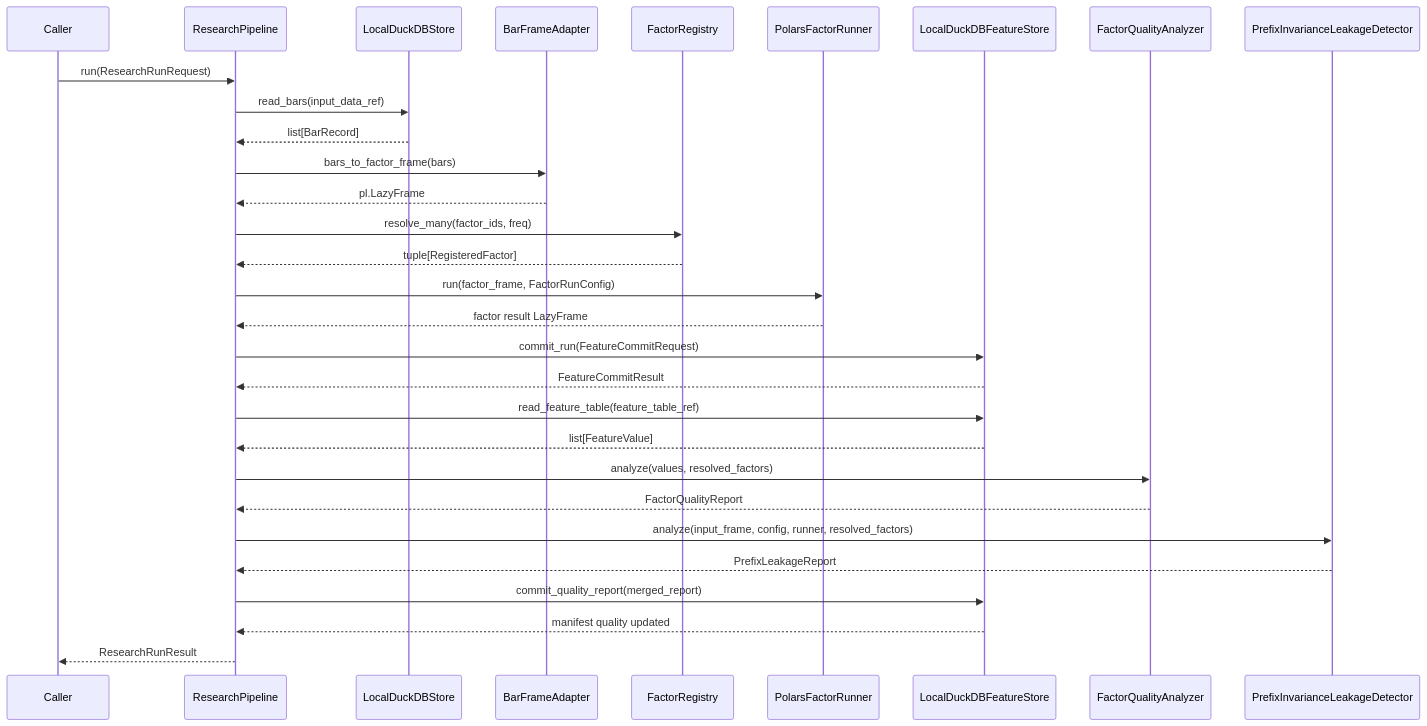
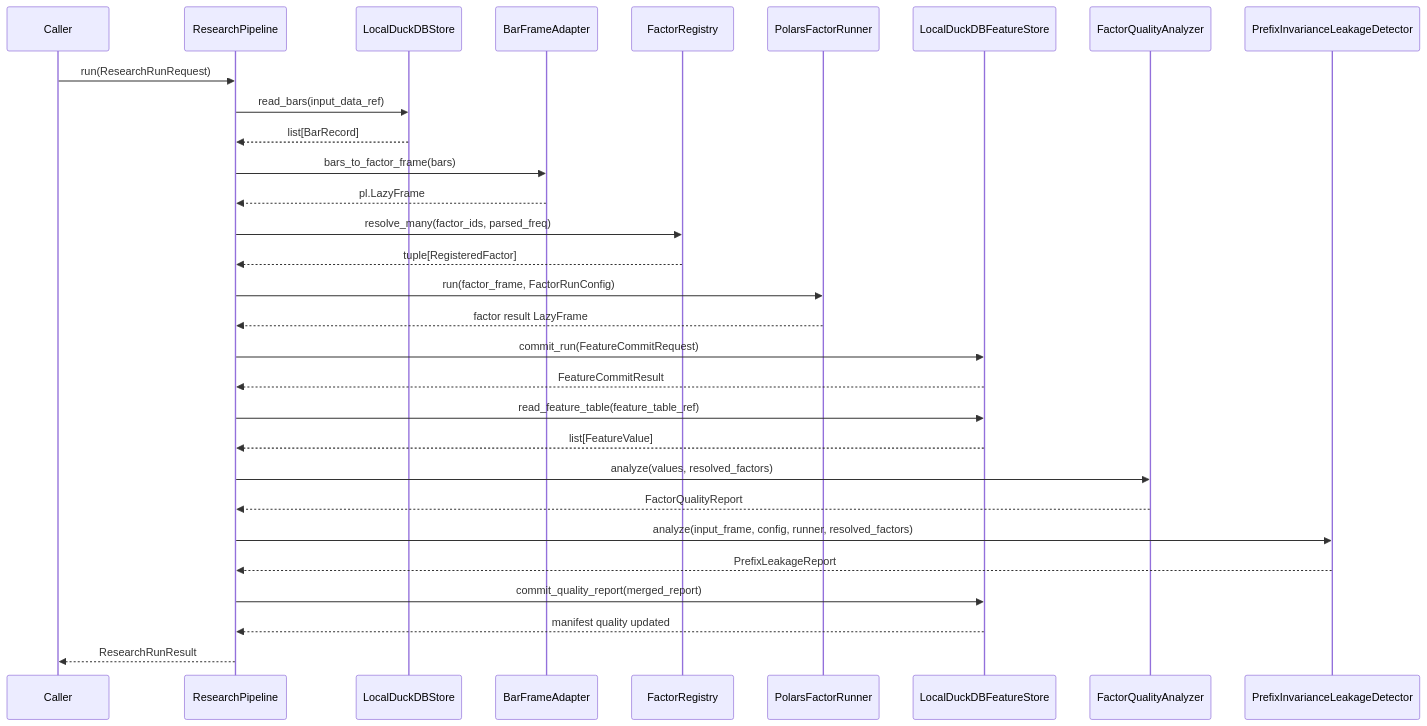
Before and after one commit to odsbaron/dmgr: the diagram in docs/development/research-pipeline-development.md, drawn with Mermaid. The commit also changed other lines of this file, not shown here.

Commit message:
docs: refine research pipeline gating contract

````diff
--- a/docs/development/research-pipeline-development.md
+++ b/docs/development/research-pipeline-development.md
@@ -81,33 +81,33 @@
 ```mermaid
 sequenceDiagram
     participant Caller
     participant Pipeline as ResearchPipeline
     participant DataStore as LocalDuckDBStore
     participant Adapter as BarFrameAdapter
     participant Registry as FactorRegistry
     participant Runner as PolarsFactorRunner
     participant FeatureStore as LocalDuckDBFeatureStore
     participant Quality as FactorQualityAnalyzer
     participant Leakage as PrefixInvarianceLeakageDetector
 
     Caller->>Pipeline: run(ResearchRunRequest)
     Pipeline->>DataStore: read_bars(input_data_ref)
     DataStore-->>Pipeline: list[BarRecord]
     Pipeline->>Adapter: bars_to_factor_frame(bars)
     Adapter-->>Pipeline: pl.LazyFrame
-    Pipeline->>Registry: resolve_many(factor_ids, freq)
+    Pipeline->>Registry: resolve_many(factor_ids, parsed_freq)
     Registry-->>Pipeline: tuple[RegisteredFactor]
     Pipeline->>Runner: run(factor_frame, FactorRunConfig)
     Runner-->>Pipeline: factor result LazyFrame
     Pipeline->>FeatureStore: commit_run(FeatureCommitRequest)
     FeatureStore-->>Pipeline: FeatureCommitResult
     Pipeline->>FeatureStore: read_feature_table(feature_table_ref)
     FeatureStore-->>Pipeline: list[FeatureValue]
     Pipeline->>Quality: analyze(values, resolved_factors)
     Quality-->>Pipeline: FactorQualityReport
     Pipeline->>Leakage: analyze(input_frame, config, runner, resolved_factors)
     Leakage-->>Pipeline: PrefixLeakageReport
     Pipeline->>FeatureStore: commit_quality_report(merged_report)
     FeatureStore-->>Pipeline: manifest quality updated
     Pipeline-->>Caller: ResearchRunResult
 ```
````
